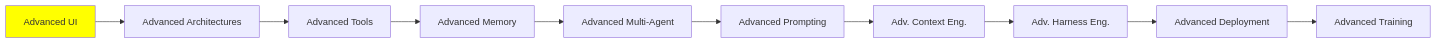
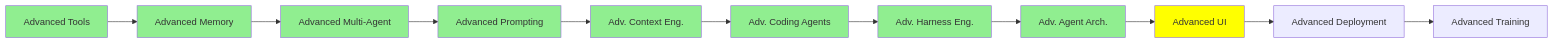
One commit to lokumai/ai-engineering-bazaar changed the diagram in mini-courses/3_expert/advanced_ui.md. Above: the diagram before and after it, drawn with Mermaid. The commit also changed 99 other files, not shown here.

````diff
--- a/mini-courses/3_expert/advanced_ui.md
+++ b/mini-courses/3_expert/advanced_ui.md
@@ -31,13 +31,22 @@
 ```mermaid
 graph LR
-    A[Advanced UI] --> B[Advanced Architectures]
-    B --> C[Advanced Tools]
-    C --> D[Advanced Memory]
-    D --> E[Advanced Multi-Agent]
-    E --> F[Advanced Prompting]
-    F --> G[Adv. Context Eng.]
-    G --> H[Adv. Harness Eng.]
-    H --> I[Advanced Deployment]
-    I --> J[Advanced Training]
-    style A fill:#FFFF00
+    A[Advanced Tools] --> B[Advanced Memory]
+    B --> C[Advanced Multi-Agent]
+    C --> D[Advanced Prompting]
+    D --> E[Adv. Context Eng.]
+    E --> F[Adv. Coding Agents]
+    F --> G[Adv. Harness Eng.]
+    G --> H[Adv. Agent Arch.]
+    H --> I[Advanced UI]
+    I --> J[Advanced Deployment]
+    J --> K[Advanced Training]
+    style A fill:#90EE90
+    style B fill:#90EE90
+    style C fill:#90EE90
+    style D fill:#90EE90
+    style E fill:#90EE90
+    style F fill:#90EE90
+    style G fill:#90EE90
+    style H fill:#90EE90
+    style I fill:#FFFF00
 ```
````
